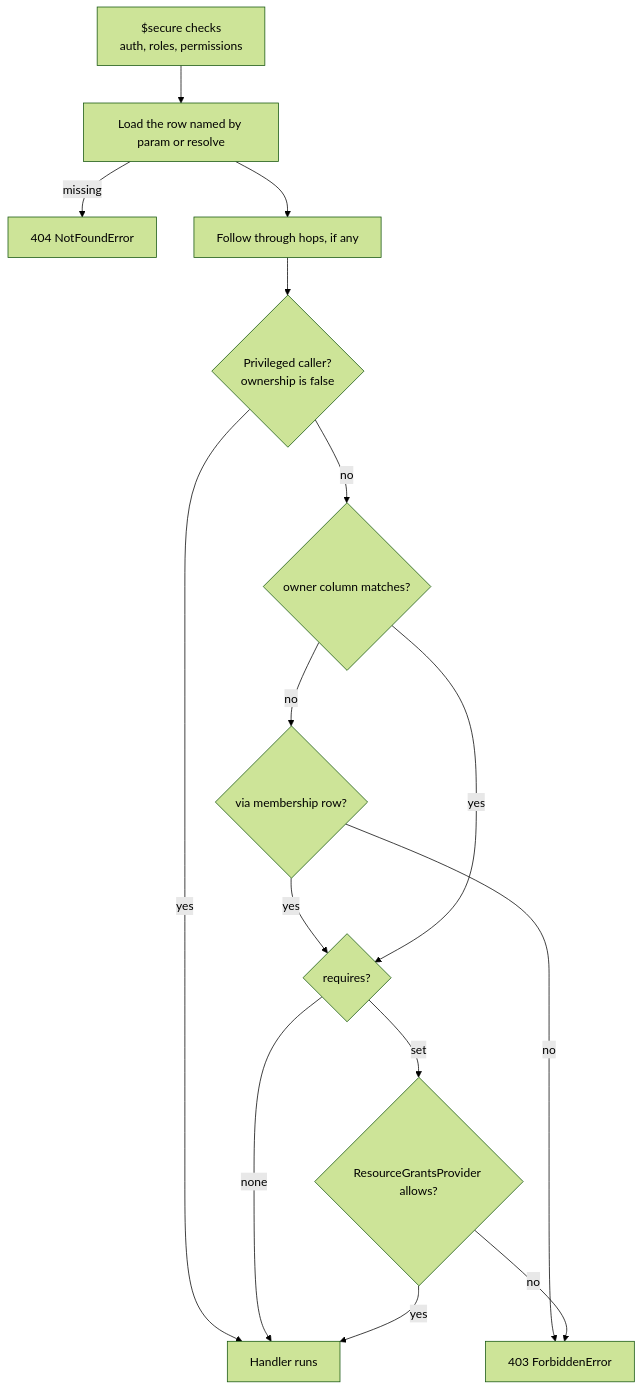
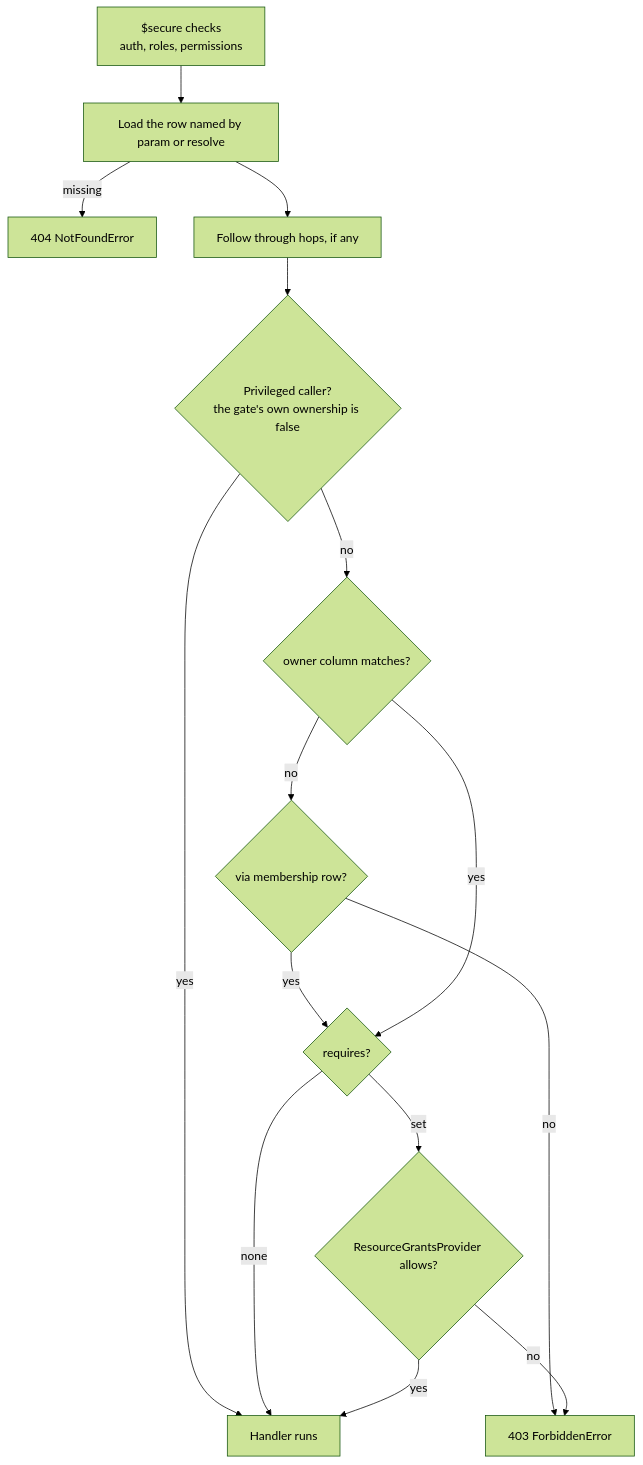
The diagram in framework/docs/1-guides/5-security/4-resource-authorization.md (alepha-dev/alepha), drawn with Mermaid (forest theme) before and after one commit. The commit also changed other lines of this file and 58 other files, not shown here.

````diff
--- a/framework/docs/1-guides/5-security/4-resource-authorization.md
+++ b/framework/docs/1-guides/5-security/4-resource-authorization.md
@@ -13,17 +13,17 @@
 ```mermaid
 flowchart TD
   A[$secure checks<br/>auth, roles, permissions] --> B[Load the row named by param or resolve]
   B -->|missing| N[404 NotFoundError]
   B --> C[Follow through hops, if any]
-  C --> D{Privileged caller?<br/>ownership is false}
+  C --> D{Privileged caller?<br/>the gate's own ownership is false}
   D -->|yes| OK[Handler runs]
   D -->|no| E{owner column matches?}
   E -->|no| F{via membership row?}
   F -->|no| X[403 ForbiddenError]
   F -->|yes| G{requires?}
   E -->|yes| G
   G -->|none| OK
   G -->|set| H{ResourceGrantsProvider allows?}
   H -->|yes| OK
   H -->|no| X
 ```
````
